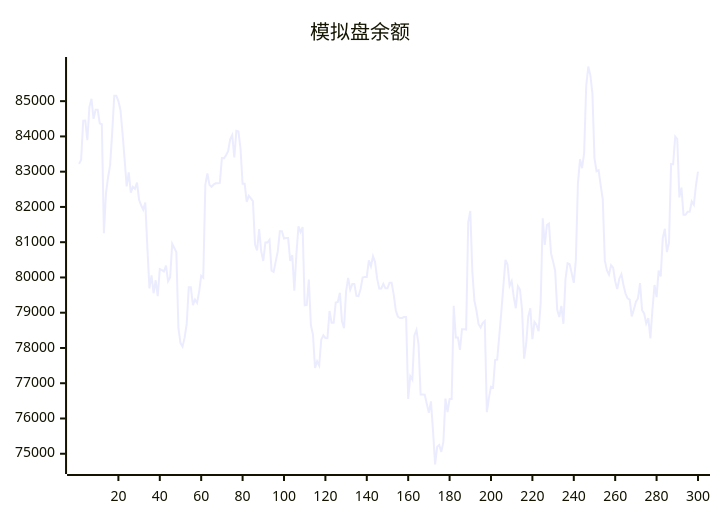
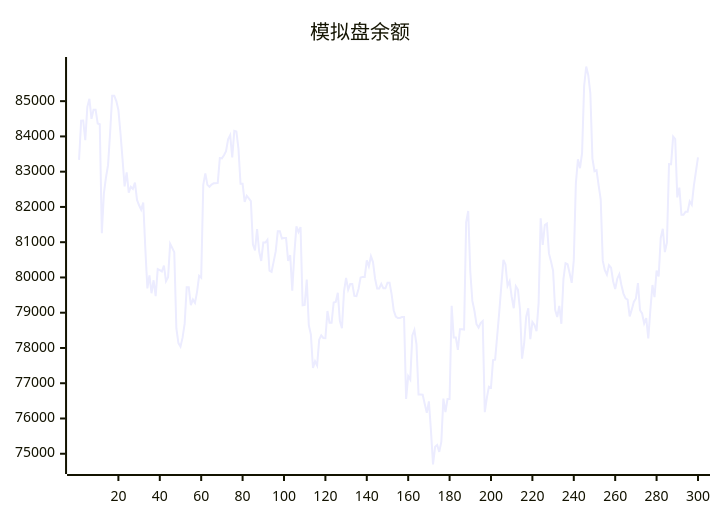
Before and after one commit to aahl/ai-trading: the diagram in README.md, drawn with Mermaid. The commit also changed other lines of this file and 1 other file, not shown here.

````diff
--- a/README.md
+++ b/README.md
@@ -5,5 +5,5 @@
 ```mermaid
 xychart
     title "模拟盘余额"
-    line [83222,83336,84448,84449,83896,84839,85065,84499,84757,84757,84364,84347,81254,82385,82835,83184,84099,85150,85150,85002,84751,84096,83356,82582,82983,82404,82572,82512,82688,82200,82047,81920,82125,80840,79688,80060,79552,79920,79470,80236,80208,80170,80336,79894,80006,80954,80837,80712,78561,78139,78037,78293,78682,79720,79720,79214,79372,79279,79591,80046,79993,82625,82950,82626,82571,82633,82670,82670,82681,83386,83378,83464,83579,83920,84037,83402,84160,84142,83652,82655,82655,82145,82315,82243,82163,80934,80770,81371,80742,80468,80989,80989,81067,80191,80155,80450,80737,81309,81309,81106,81119,81119,80471,80631,79624,80670,81448,81290,81429,79212,79222,79940,78643,78380,77432,77623,77504,78235,78358,78284,78277,79048,78714,78714,79290,79308,79567,78763,78563,79603,79988,79652,79813,79813,79476,79469,79673,79995,80015,80015,80486,80314,80600,80436,79966,79689,79689,79819,79692,79692,79850,79850,79518,79071,78889,78850,78850,78878,78878,76554,77202,77103,78357,78510,78106,76678,76677,76672,76411,76159,76485,75656,74695,75197,75246,75052,75334,76564,76179,76553,76551,79196,78300,78300,77944,78531,78531,78521,81564,81884,80160,79335,79055,78675,78580,78708,78764,76179,76586,76902,76876,77658,77669,78346,79023,79769,80497,80366,79761,79896,79448,79126,79749,79658,79097,77695,78114,78888,79126,78249,78738,78653,78478,79271,81680,80923,81488,81527,80681,80455,80190,79084,78879,79193,78686,79954,80403,80374,80118,79848,80491,82665,83351,83098,83525,85430,85983,85737,85221,83378,83014,83043,82613,82216,80477,80208,80081,80348,80277,79894,79670,79965,80093,79786,79542,79406,79371,78893,79087,79304,79406,79841,79072,78978,78696,78846,78272,79085,79787,79442,80198,80031,81120,81379,80718,80985,83214,83212,83993,83921,82270,82547,81776,81776,81866,81866,82158,82061,82596,83000]
+    line [83336,84448,84449,83896,84839,85065,84499,84757,84757,84364,84347,81254,82385,82835,83184,84099,85150,85150,85002,84751,84096,83356,82582,82983,82404,82572,82512,82688,82200,82047,81920,82125,80840,79688,80060,79552,79920,79470,80236,80208,80170,80336,79894,80006,80954,80837,80712,78561,78139,78037,78293,78682,79720,79720,79214,79372,79279,79591,80046,79993,82625,82950,82626,82571,82633,82670,82670,82681,83386,83378,83464,83579,83920,84037,83402,84160,84142,83652,82655,82655,82145,82315,82243,82163,80934,80770,81371,80742,80468,80989,80989,81067,80191,80155,80450,80737,81309,81309,81106,81119,81119,80471,80631,79624,80670,81448,81290,81429,79212,79222,79940,78643,78380,77432,77623,77504,78235,78358,78284,78277,79048,78714,78714,79290,79308,79567,78763,78563,79603,79988,79652,79813,79813,79476,79469,79673,79995,80015,80015,80486,80314,80600,80436,79966,79689,79689,79819,79692,79692,79850,79850,79518,79071,78889,78850,78850,78878,78878,76554,77202,77103,78357,78510,78106,76678,76677,76672,76411,76159,76485,75656,74695,75197,75246,75052,75334,76564,76179,76553,76551,79196,78300,78300,77944,78531,78531,78521,81564,81884,80160,79335,79055,78675,78580,78708,78764,76179,76586,76902,76876,77658,77669,78346,79023,79769,80497,80366,79761,79896,79448,79126,79749,79658,79097,77695,78114,78888,79126,78249,78738,78653,78478,79271,81680,80923,81488,81527,80681,80455,80190,79084,78879,79193,78686,79954,80403,80374,80118,79848,80491,82665,83351,83098,83525,85430,85983,85737,85221,83378,83014,83043,82613,82216,80477,80208,80081,80348,80277,79894,79670,79965,80093,79786,79542,79406,79371,78893,79087,79304,79406,79841,79072,78978,78696,78846,78272,79085,79787,79442,80198,80031,81120,81379,80718,80985,83214,83212,83993,83921,82270,82547,81776,81776,81866,81866,82158,82061,82596,83000,83408]
 ```
````
